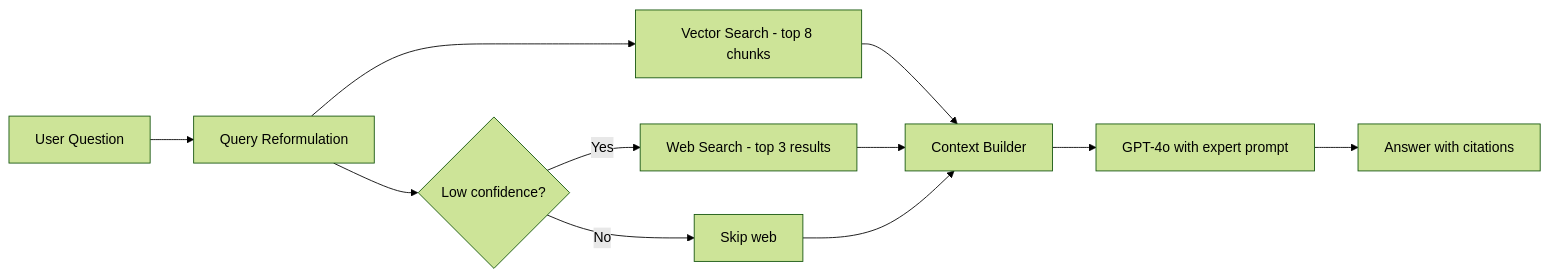
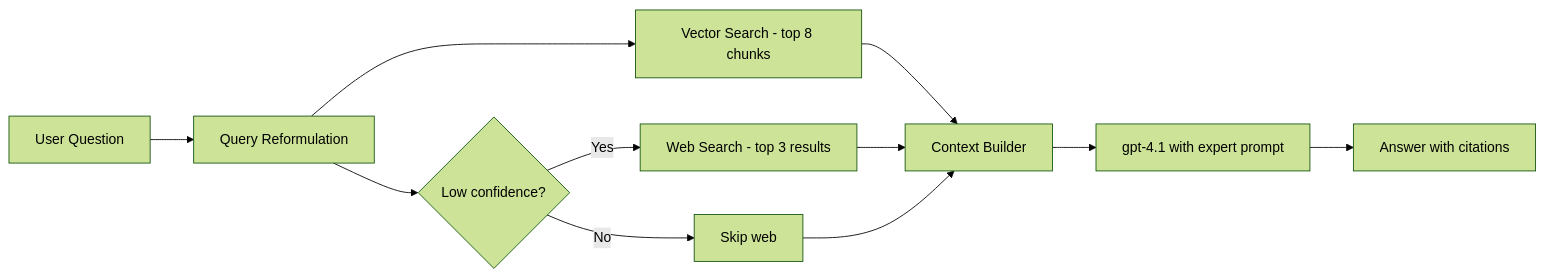
The second of 2 diagrams in plans/backend-architecture.md (Chuff1021/Docuchat), drawn with Mermaid (forest theme) before and after one commit. The commit also changed other lines of this file and 9 other files, not shown here.

````diff
--- a/plans/backend-architecture.md
+++ b/plans/backend-architecture.md
@@ -131,13 +131,13 @@
 ```mermaid
 flowchart LR
     Q[User Question] --> QR[Query Reformulation]
     QR --> VS[Vector Search - top 8 chunks]
     QR --> WS{Low confidence?}
     WS -->|Yes| Web[Web Search - top 3 results]
     WS -->|No| Skip[Skip web]
     VS --> CB[Context Builder]
     Web --> CB
     Skip --> CB
-    CB --> LLM[GPT-4o with expert prompt]
+    CB --> LLM[gpt-4.1 with expert prompt]
     LLM --> A[Answer with citations]
 ```
````
